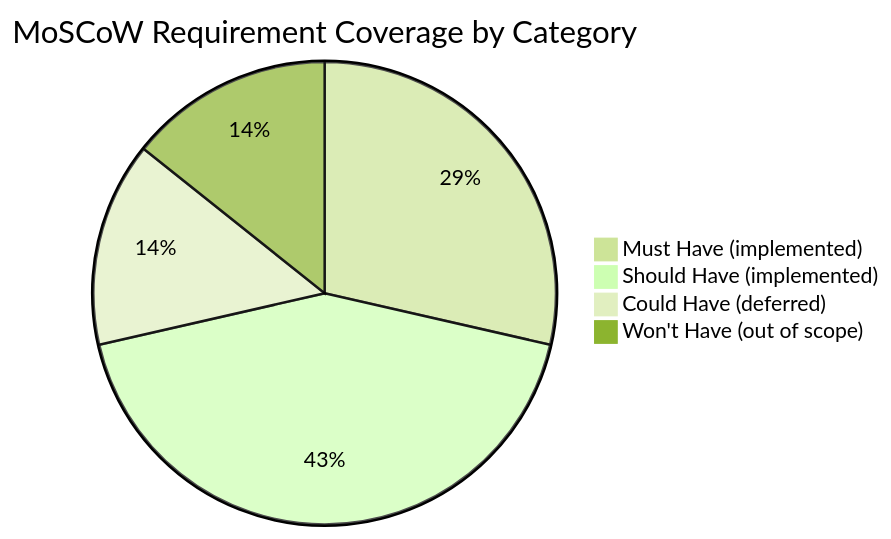
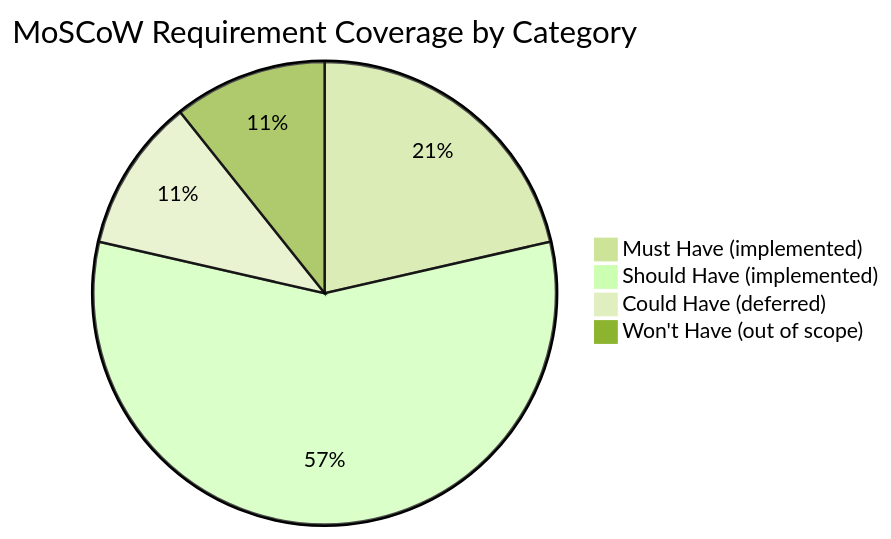
Before and after one commit to DevelApp-ai/deterministic-technical-design-specification: the third of 3 diagrams in example/docs/traceability/index.md, drawn with Mermaid (forest theme). The commit also changed other lines of this file and 19 other files, not shown here.

First line of the commit message:
Add network Terraform, fix OPA syntax, add architecture/security/runbook for all personas

````diff
--- a/example/docs/traceability/index.md
+++ b/example/docs/traceability/index.md
@@ -161,7 +200,7 @@
 ```mermaid
 pie title MoSCoW Requirement Coverage by Category
     "Must Have (implemented)" : 6
-    "Should Have (implemented)" : 9
+    "Should Have (implemented)" : 16
     "Could Have (deferred)" : 3
     "Won't Have (out of scope)" : 3
 ```
````
